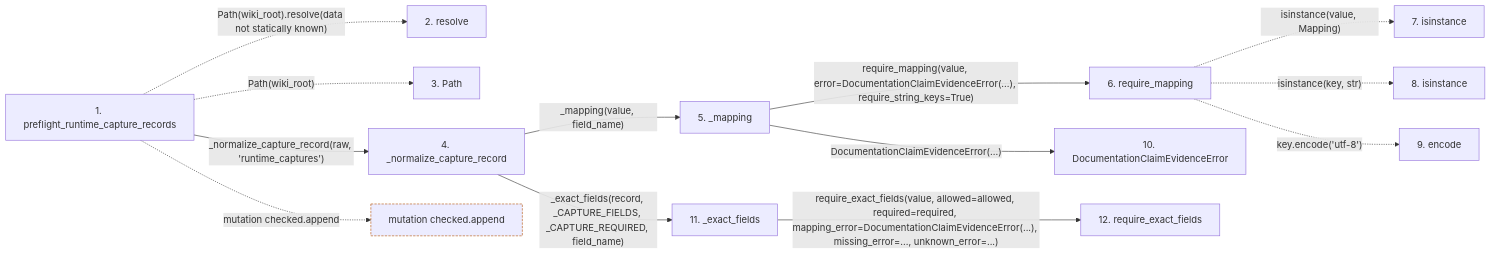
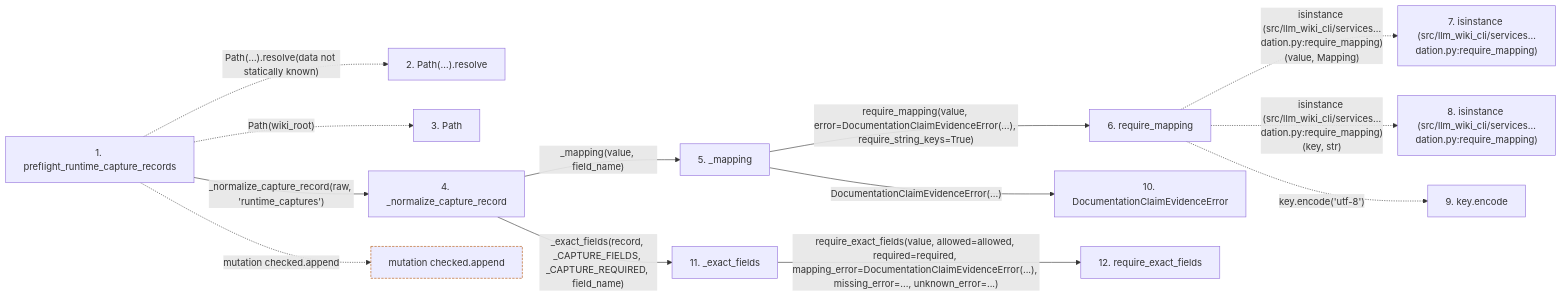
Before and after one commit to Denissvgn/python-wiki-llm: the second of 2 diagrams in docs/llm_wiki/flows/api-preflight_runtime_capture_records.md, drawn with Mermaid. The commit also changed other lines of this file and 719 other files, not shown here.

````diff
--- a/docs/llm_wiki/flows/api-preflight_runtime_capture_records.md
+++ b/docs/llm_wiki/flows/api-preflight_runtime_capture_records.md
@@ -70,37 +71,37 @@
 ```mermaid
 flowchart LR
     s1["1. preflight_runtime_capture_records"]
-    s2["2. resolve"]
+    s2["2. Path(…).resolve"]
     s3["3. Path"]
     s4["4. _normalize_capture_record"]
     s5["5. _mapping"]
     s6["6. require_mapping"]
-    s7["7. isinstance"]
-    s8["8. isinstance"]
-    s9["9. encode"]
+    s7["7. isinstance (src/llm_wiki_cli/services…dation.py:require_mapping)"]
+    s8["8. isinstance (src/llm_wiki_cli/services…dation.py:require_mapping)"]
+    s9["9. key.encode"]
     s10["10. DocumentationClaimEvidenceError"]
     s11["11. _exact_fields"]
     s12["12. require_exact_fields"]
-    s1 -. "Path(wiki_root).resolve(data not statically known)" .-> s2
+    s1 -. "Path(…).resolve(data not statically known)" .-> s2
     s1 -. "Path(wiki_root)" .-> s3
     s1 -->|"_normalize_capture_record(raw, 'runtime_captures')"| s4
     s4 -->|"_mapping(value, field_name)"| s5
     s5 -->|"require_mapping(value, error=DocumentationClaimEvidenceError(...), require_string_keys=True)"| s6
-    s6 -. "isinstance(value, Mapping)" .-> s7
-    s6 -. "isinstance(key, str)" .-> s8
+    s6 -. "isinstance (src/llm_wiki_cli/services…dation.py:require_mapping)(value, Mapping)" .-> s7
+    s6 -. "isinstance (src/llm_wiki_cli/services…dation.py:require_mapping)(key, str)" .-> s8
     s6 -. "key.encode('utf-8')" .-> s9
     s5 -->|"DocumentationClaimEvidenceError(...)"| s10
     s4 -->|"_exact_fields(record, _CAPTURE_FIELDS, _CAPTURE_REQUIRED, field_name)"| s11
     s11 -->|"require_exact_fields(value, allowed=allowed, required=required, mapping_error=DocumentationClaimEvidenceError(...), missing_error=..., unknown_error=...)"| s12
     b0["mutation checked.append"]
     s1 -. "mutation checked.append" .-> b0
     click s1 "../modules/documentation_claim_evidence.md"
     click s4 "../modules/documentation_claim_evidence.md"
     click s5 "../modules/documentation_claim_evidence.md"
     click s6 "../modules/validation.md"
     click s10 "../modules/documentation_claim_evidence.md"
     click s11 "../modules/documentation_claim_evidence.md"
     click s12 "../modules/validation.md"
     classDef boundary stroke:#b45309,stroke-dasharray: 4 2
     class b0 boundary
 ```
````
